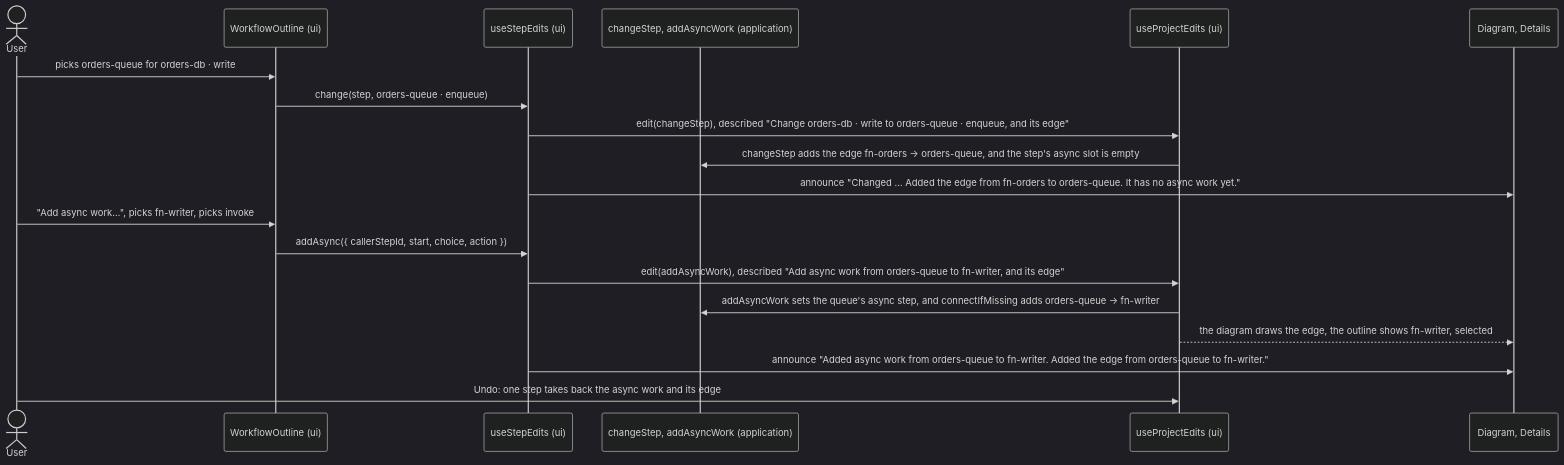
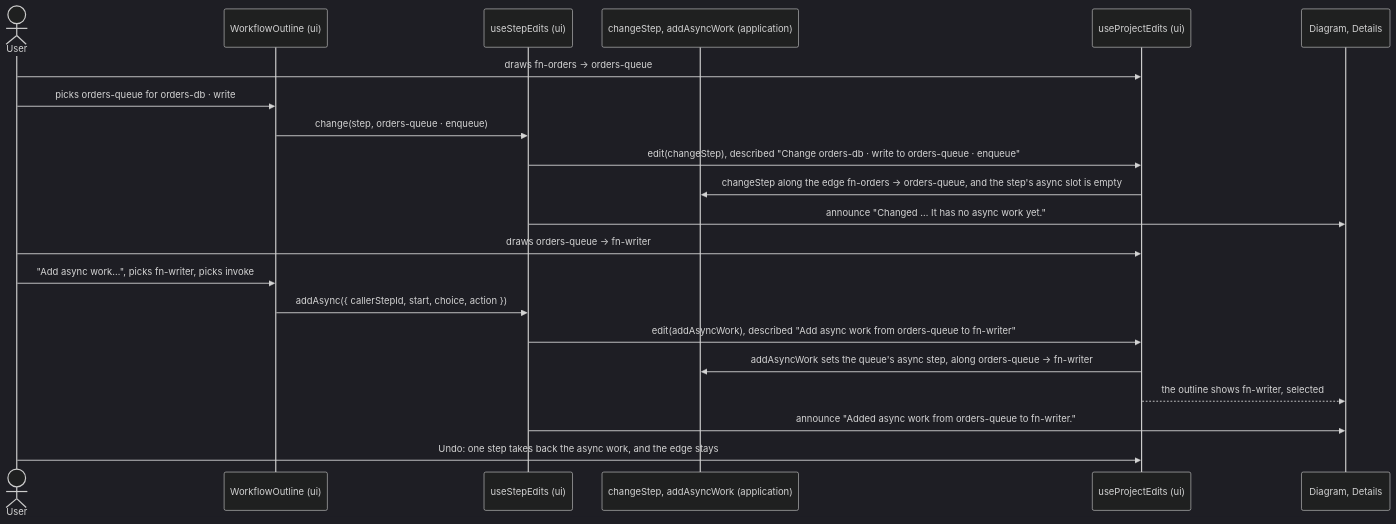
Before and after one commit to alanbickel/wind-tunnel: diagram 11 of 13 in docs/architecture/workflow-editor.md, drawn with Mermaid (dark theme). The commit also changed other lines of this file and 32 other files, not shown here.

Commit message:
feat(application): add a call only along an existing edge (#233)

````diff
--- a/docs/architecture/workflow-editor.md
+++ b/docs/architecture/workflow-editor.md
@@ -320,21 +320,23 @@
 ```mermaid
 sequenceDiagram
     actor User
     participant O as WorkflowOutline (ui)
     participant S as useStepEdits (ui)
     participant C as changeStep, addAsyncWork (application)
     participant E as useProjectEdits (ui)
     participant D as Diagram, Details
+    User->>E: draws fn-orders → orders-queue
     User->>O: picks orders-queue for orders-db · write
     O->>S: change(step, orders-queue · enqueue)
-    S->>E: edit(changeStep), described "Change orders-db · write to orders-queue · enqueue, and its edge"
-    E->>C: changeStep adds the edge fn-orders → orders-queue, and the step's async slot is empty
-    S->>D: announce "Changed … Added the edge from fn-orders to orders-queue. It has no async work yet."
+    S->>E: edit(changeStep), described "Change orders-db · write to orders-queue · enqueue"
+    E->>C: changeStep along the edge fn-orders → orders-queue, and the step's async slot is empty
+    S->>D: announce "Changed … It has no async work yet."
+    User->>E: draws orders-queue → fn-writer
     User->>O: "Add async work…", picks fn-writer, picks invoke
     O->>S: addAsync({ callerStepId, start, choice, action })
-    S->>E: edit(addAsyncWork), described "Add async work from orders-queue to fn-writer, and its edge"
-    E->>C: addAsyncWork sets the queue's async step, and connectIfMissing adds orders-queue → fn-writer
-    E-->>D: the diagram draws the edge, the outline shows fn-writer, selected
-    S->>D: announce "Added async work from orders-queue to fn-writer. Added the edge from orders-queue to fn-writer."
-    User->>E: Undo: one step takes back the async work and its edge
+    S->>E: edit(addAsyncWork), described "Add async work from orders-queue to fn-writer"
+    E->>C: addAsyncWork sets the queue's async step, along orders-queue → fn-writer
+    E-->>D: the outline shows fn-writer, selected
+    S->>D: announce "Added async work from orders-queue to fn-writer."
+    User->>E: Undo: one step takes back the async work, and the edge stays
 ```
````
